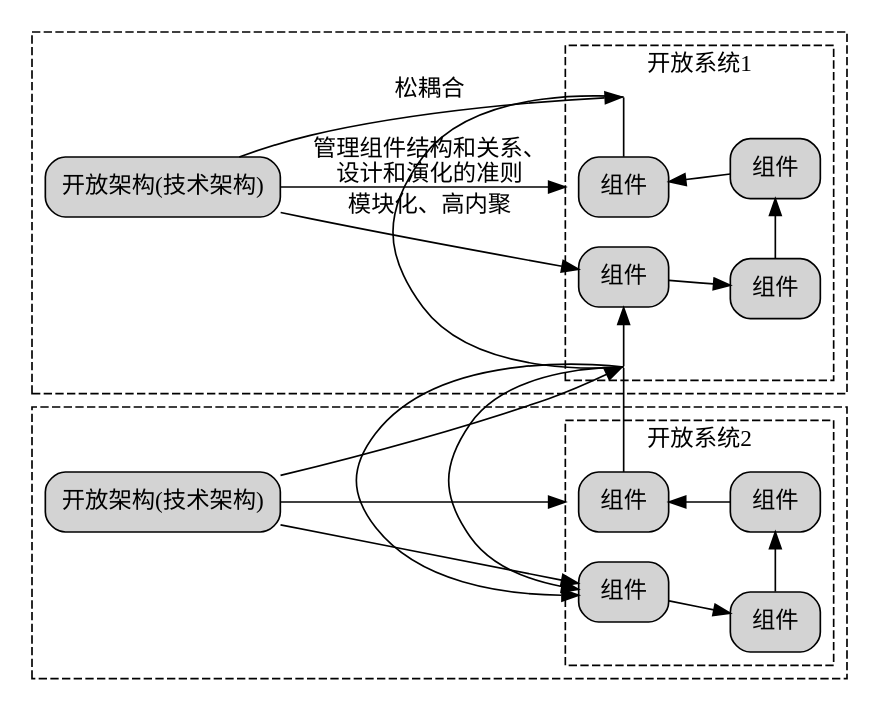
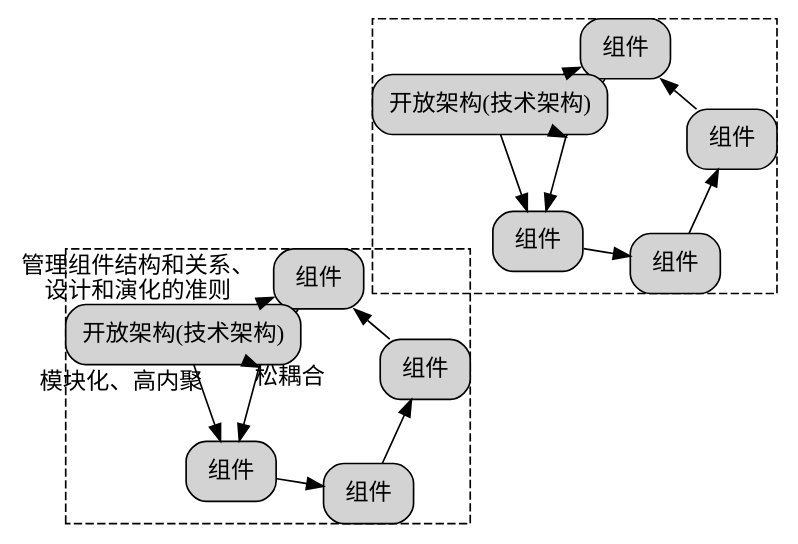
Before and after one commit to chaozhang2000/soa: the diagram in parts/definition1.dot, drawn with Graphviz. The commit also changed 2 other files, not shown here.

```diff
--- a/parts/definition1.dot
+++ b/parts/definition1.dot
@@ -1,65 +1,64 @@
 digraph G {
+layout=neato
   graph [rankdir=LR,compound=true];
   node [shape=box, style="rounded,filled"];
   
   subgraph cluster1{
     label="";
 	style = dashed;
     
     subgraph cluster_system1{
       label="开放系统1"
       node1[label="组件"]
       node2[label="组件"] 
       node3[label="组件"]
       node4[label="组件"]
       
       // 创建不可见节点
       invis_node1 [shape=point, width=0, height=0, label=""]
-      invis_node2 [shape=point, width=0, height=0, label=""]
       
       // 重新连接节点，在node1和node2之间插入不可见节点
       node1 -> node2
       node2 -> node3
       node3 -> node4
       node4 -> invis_node1 [dir=none]  // dir=none 表示没有箭头
-      invis_node1-> invis_node2 [dir=none]  // dir=none 表示没有箭头
-      invis_node2 -> node1
+      invis_node1 -> node1
       
-      {rank=same;node1;node4;invis_node1;invis_node2}
+      {rank=same;node1;node4;invis_node1}
       {rank=same;node2;node3}
     }
   TA1[label="开放架构(技术架构)"]
   TA1->node1[label="模块化、高内聚"]
   TA1->invis_node1[label="松耦合"]
   TA1->node4[label="管理组件结构和关系、\n设计和演化的准则",lhead="cluster_system1"]
 }
   subgraph cluster2{
     label="";
 	style = dashed;
     
     subgraph cluster_system2{
       label="开放系统2"
       node5[label="组件"]
       node6[label="组件"] 
       node7[label="组件"]
       node8[label="组件"]
       
       // 创建不可见节点
       invis_node2 [shape=point, width=0, height=0, label=""]
       
       // 重新连接节点，在node5和node6之间插入不可见节点
       node5 -> node6
       node6 -> node7
       node7 -> node8
       node8 -> invis_node2 [dir=none]  // dir=none 表示没有箭头
       invis_node2 -> node5
       
       {rank=same;node5;node8;invis_node2}
       {rank=same;node6;node7}
     }
   TA2[label="开放架构(技术架构)"]
   TA2->node5
   TA2->invis_node2
   TA2->node8[lhead="cluster_system2"]
   }
 }
```
